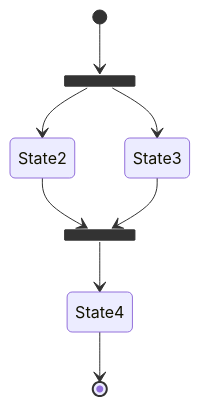
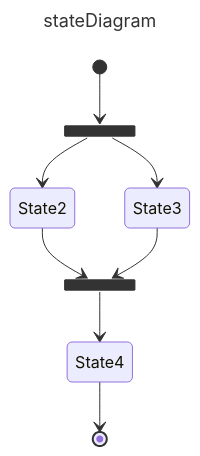
The first of 3 diagrams in documentation/content/fancy-diagrams.md (baaluidnrey/template-sphinx), drawn with Mermaid before and after one commit.

Commit message:
+ title diagram

````diff
--- a/documentation/content/fancy-diagrams.md
+++ b/documentation/content/fancy-diagrams.md
@@ -9,18 +9,19 @@
 ```{mermaid}
 ---
+title: stateDiagram
 caption: Ceci est un example de diagramme
 alt: Ceci est un example de diagramme
 align: 'center'
 ---
 stateDiagram-v2
     state fork_state <<fork>>
         [*] --> fork_state
         fork_state --> State2
         fork_state --> State3
 
         state join_state <<join>>
         State2 --> join_state
         State3 --> join_state
         join_state --> State4
         State4 --> [*]
 ```
````
